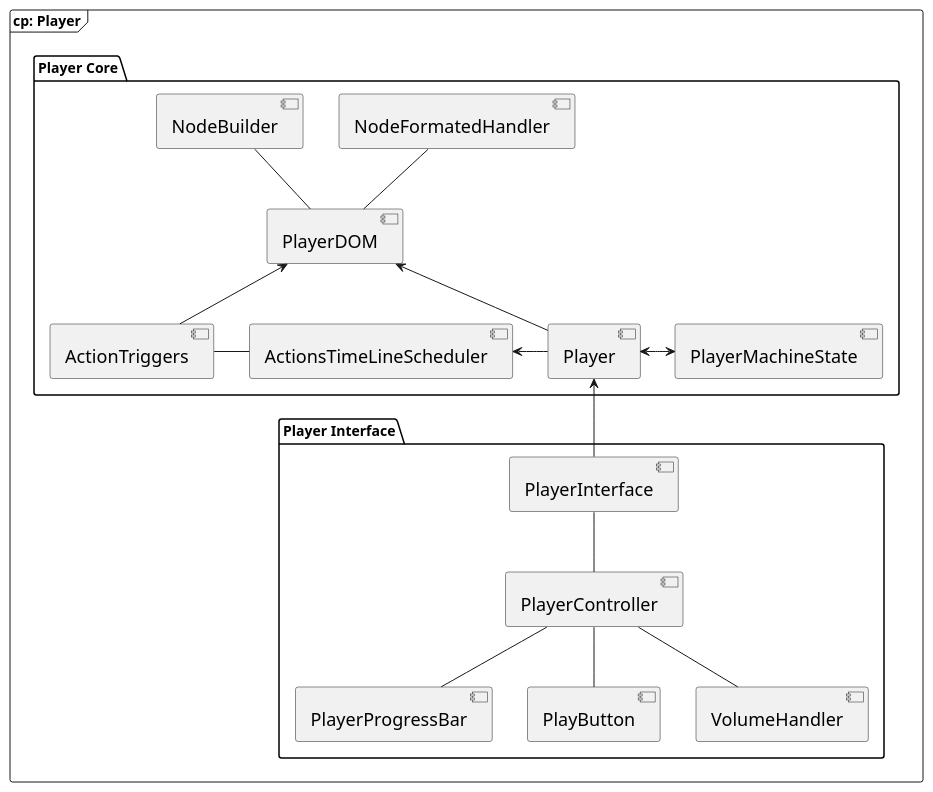
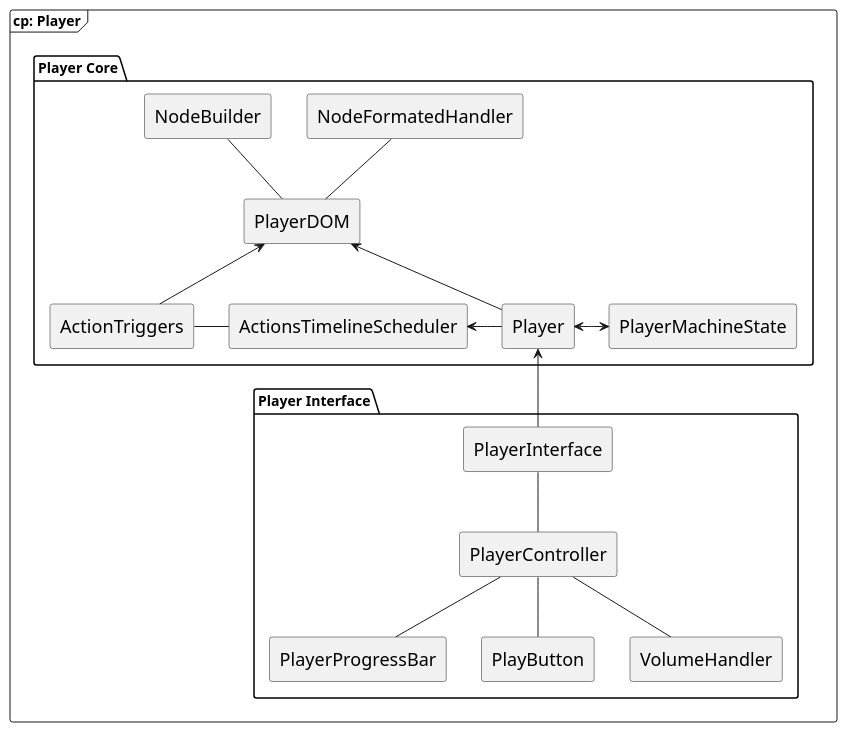
One commit to SSMM0498/arkad-conception changed the diagram in models/6.Component/2.player.puml. Above: the diagram before and after it, drawn with PlantUML. The commit also changed 3 other files, not shown here.

```diff
--- a/models/6.Component/2.player.puml
+++ b/models/6.Component/2.player.puml
@@ -1,26 +1,27 @@
 @startuml "player component diagram"
 skinparam shadowing false
 skinparam monochrome true
+skinparam componentStyle rectangle
 skinparam component {
   FontSize 18
 }
 
 frame "cp: Player" {
     package "Player Core" {
         [Player] -up-> [PlayerDOM]
-        [Player] -left-> [ActionsTimeLineScheduler]
+        [Player] -left-> [ActionsTimelineScheduler]
         [Player] <-right-> [PlayerMachineState]
-        [ActionsTimeLineScheduler] -left- [ActionTriggers]
+        [ActionsTimelineScheduler] -left- [ActionTriggers]
         [ActionTriggers] -up-> [PlayerDOM]
         [PlayerDOM] -up- [NodeBuilder]
         [PlayerDOM] -up- [NodeFormatedHandler]
     }
     package "Player Interface" {
         [PlayerInterface] -down- [PlayerController]
         [PlayerController] -down- [PlayerProgressBar]
         [PlayerController] -down- [PlayButton]
         [PlayerController] -down- [VolumeHandler]
     }
     [Player] <-down- [PlayerInterface]
 }
 @enduml
```
